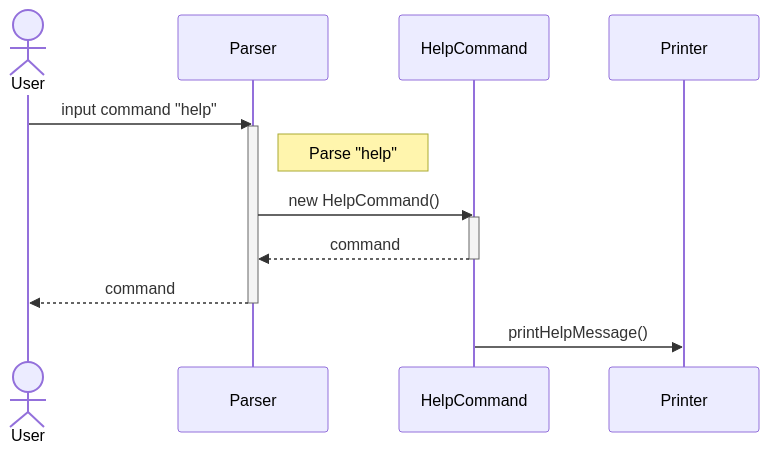
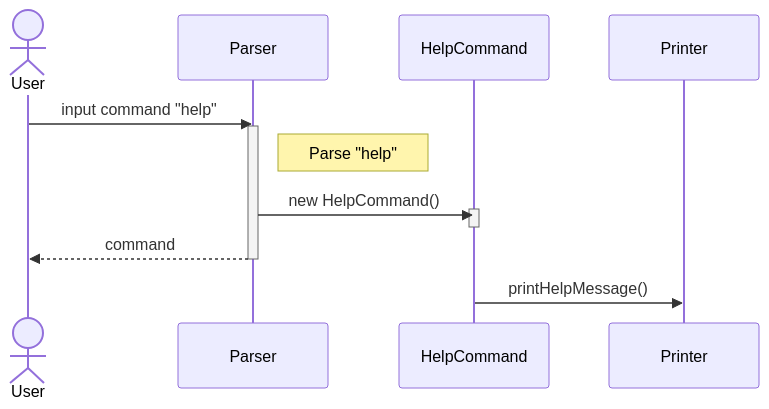
The first of 5 diagrams in docs/DeveloperGuide.md (timothyloh0523/tp), drawn with Mermaid before and after one commit. The commit also changed other lines of this file, not shown here.

````diff
--- a/docs/DeveloperGuide.md
+++ b/docs/DeveloperGuide.md
@@ -124,20 +124,19 @@
 ```mermaid
 sequenceDiagram
   actor User
   participant Parser as Parser
   participant HelpCommand as HelpCommand
   participant Printer as Printer
 
   User ->> Parser: input command "help"
   activate Parser
 
   note right of Parser: Parse "help"
   Parser ->> HelpCommand: new HelpCommand()
   activate HelpCommand
-  HelpCommand -->> Parser: command
   deactivate HelpCommand
   Parser -->> User: command
   deactivate Parser
 
   HelpCommand ->> Printer: printHelpMessage()
 ```
````
